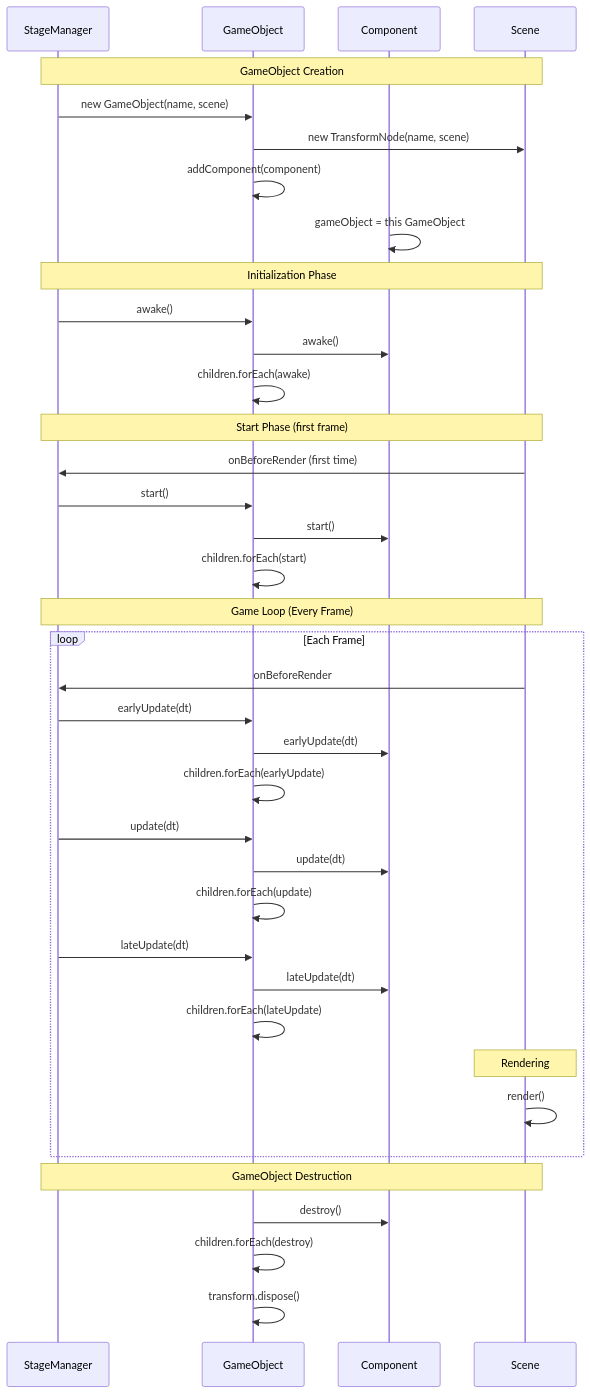
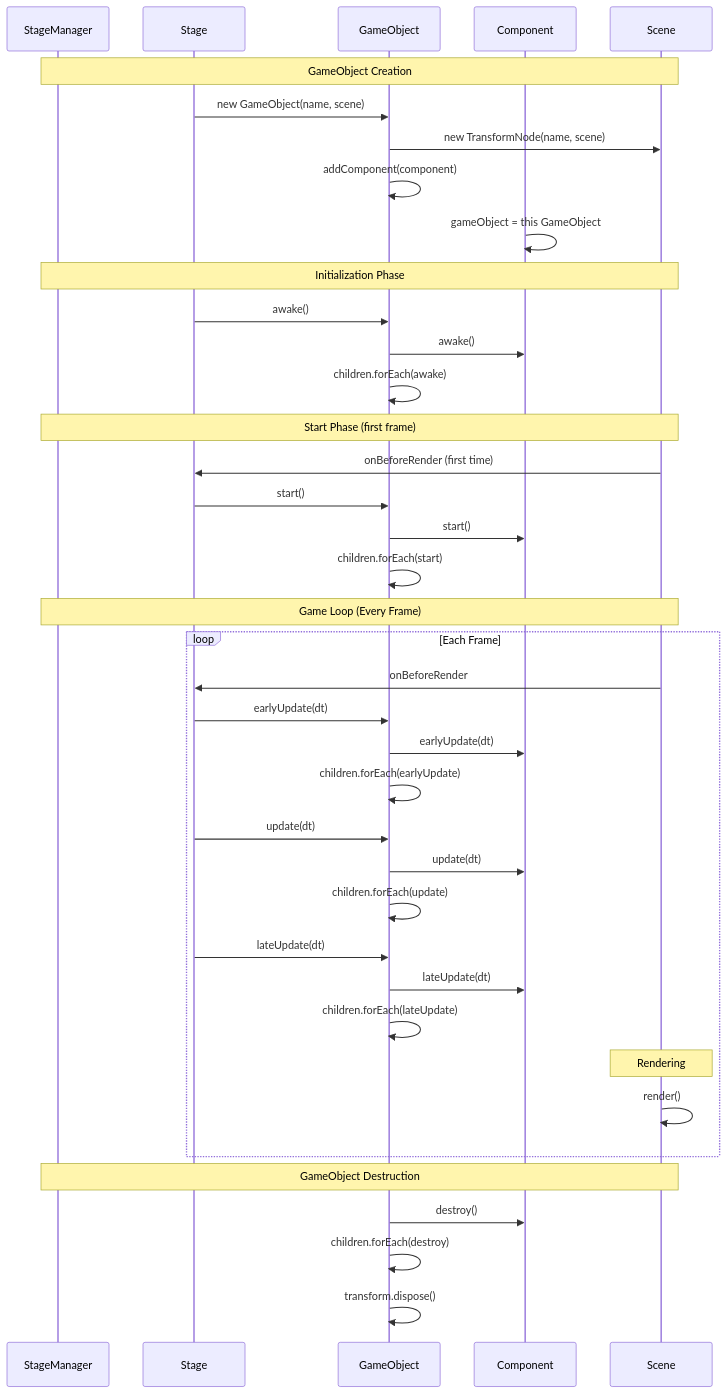
Before and after one commit to Corysia/kitchen-chaos: the third of 4 diagrams in DOCUMENTATION.md, drawn with Mermaid. The commit also changed other lines of this file and 5 other files, not shown here.

````diff
--- a/DOCUMENTATION.md
+++ b/DOCUMENTATION.md
@@ -531,48 +629,49 @@
 ```mermaid
 sequenceDiagram
     participant StageManager
+    participant Stage
     participant GameObject
     participant Component
     participant Scene
     
     Note over StageManager,Scene: GameObject Creation
-    StageManager->>GameObject: new GameObject(name, scene)
+    Stage->>GameObject: new GameObject(name, scene)
     GameObject->>Scene: new TransformNode(name, scene)
     GameObject->>GameObject: addComponent(component)
     Component->>Component: gameObject = this GameObject
     
     Note over StageManager,Scene: Initialization Phase
-    StageManager->>GameObject: awake()
+    Stage->>GameObject: awake()
     GameObject->>Component: awake()
     GameObject->>GameObject: children.forEach(awake)
     
     Note over StageManager,Scene: Start Phase (first frame)
-    Scene->>StageManager: onBeforeRender (first time)
-    StageManager->>GameObject: start()
+    Scene->>Stage: onBeforeRender (first time)
+    Stage->>GameObject: start()
     GameObject->>Component: start()
     GameObject->>GameObject: children.forEach(start)
     
     Note over StageManager,Scene: Game Loop (Every Frame)
     loop Each Frame
-        Scene->>StageManager: onBeforeRender
-        StageManager->>GameObject: earlyUpdate(dt)
+        Scene->>Stage: onBeforeRender
+        Stage->>GameObject: earlyUpdate(dt)
         GameObject->>Component: earlyUpdate(dt)
         GameObject->>GameObject: children.forEach(earlyUpdate)
         
-        StageManager->>GameObject: update(dt)
+        Stage->>GameObject: update(dt)
         GameObject->>Component: update(dt)
         GameObject->>GameObject: children.forEach(update)
         
-        StageManager->>GameObject: lateUpdate(dt)
+        Stage->>GameObject: lateUpdate(dt)
         GameObject->>Component: lateUpdate(dt)
         GameObject->>GameObject: children.forEach(lateUpdate)
         
         Note over Scene: Rendering
         Scene->>Scene: render()
     end
     
     Note over StageManager,Scene: GameObject Destruction
     GameObject->>Component: destroy()
     GameObject->>GameObject: children.forEach(destroy)
     GameObject->>GameObject: transform.dispose()
 ```
````
